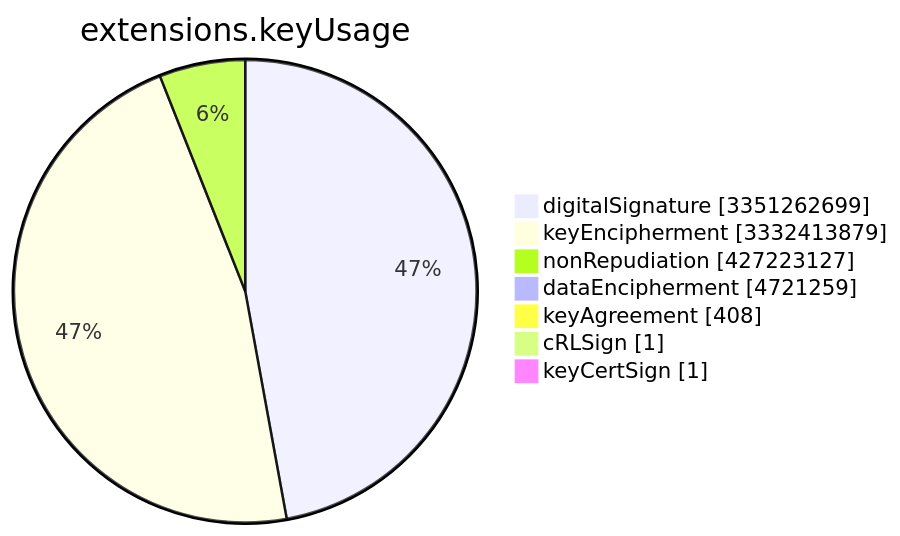
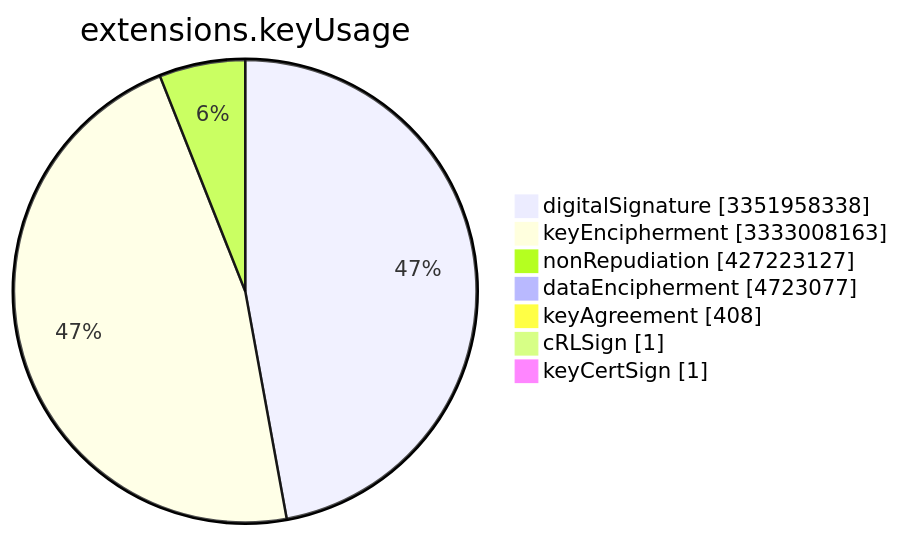
Before and after one commit to christiankrug/ctmonitor_visualization: the sixth of 15 diagrams in TOTAL/README.md, drawn with Mermaid. The commit also changed other lines of this file, not shown here.

````diff
--- a/TOTAL/README.md
+++ b/TOTAL/README.md
@@ -3079,11 +3079,11 @@
 ```mermaid
 pie showData
 title extensions.keyUsage
-"digitalSignature" :3351262699
-"keyEncipherment" :3332413879
+"digitalSignature" :3351958338
+"keyEncipherment" :3333008163
 "nonRepudiation" :427223127
-"dataEncipherment" :4721259
+"dataEncipherment" :4723077
 "keyAgreement" :408
 "cRLSign" :1
 "keyCertSign" :1
 ```
````
